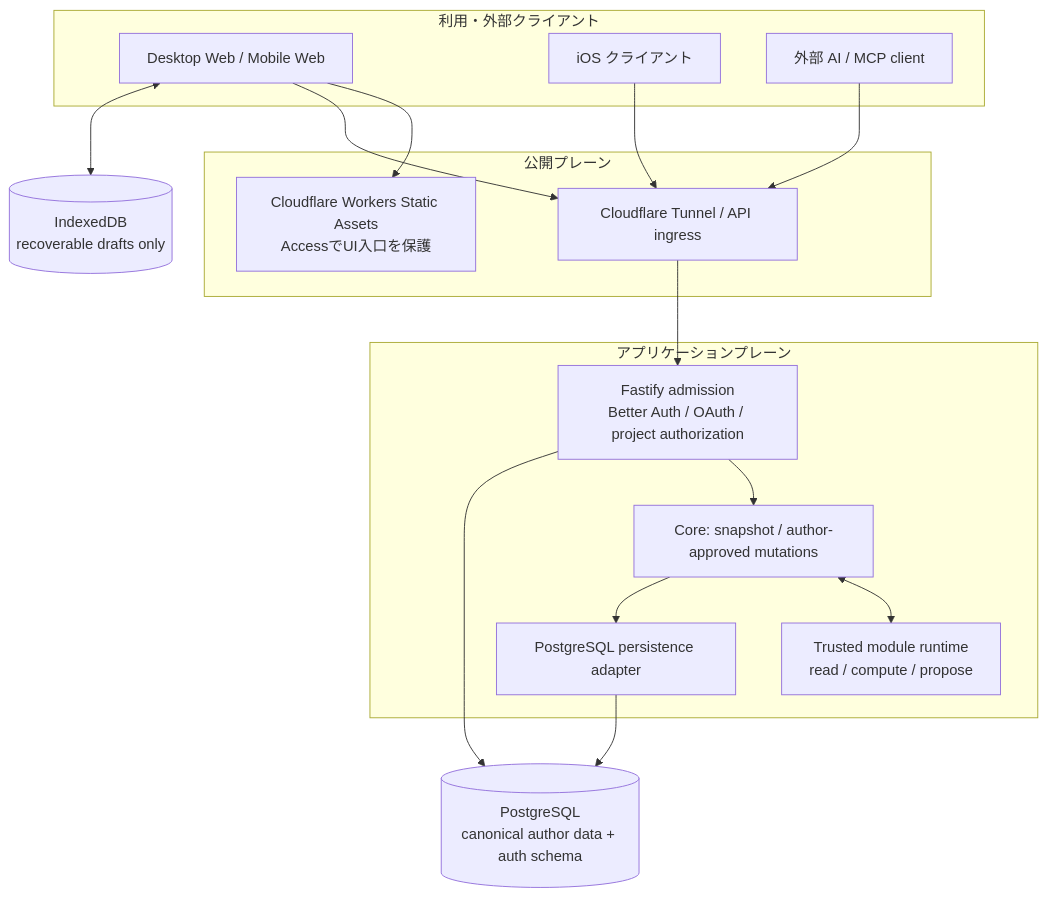
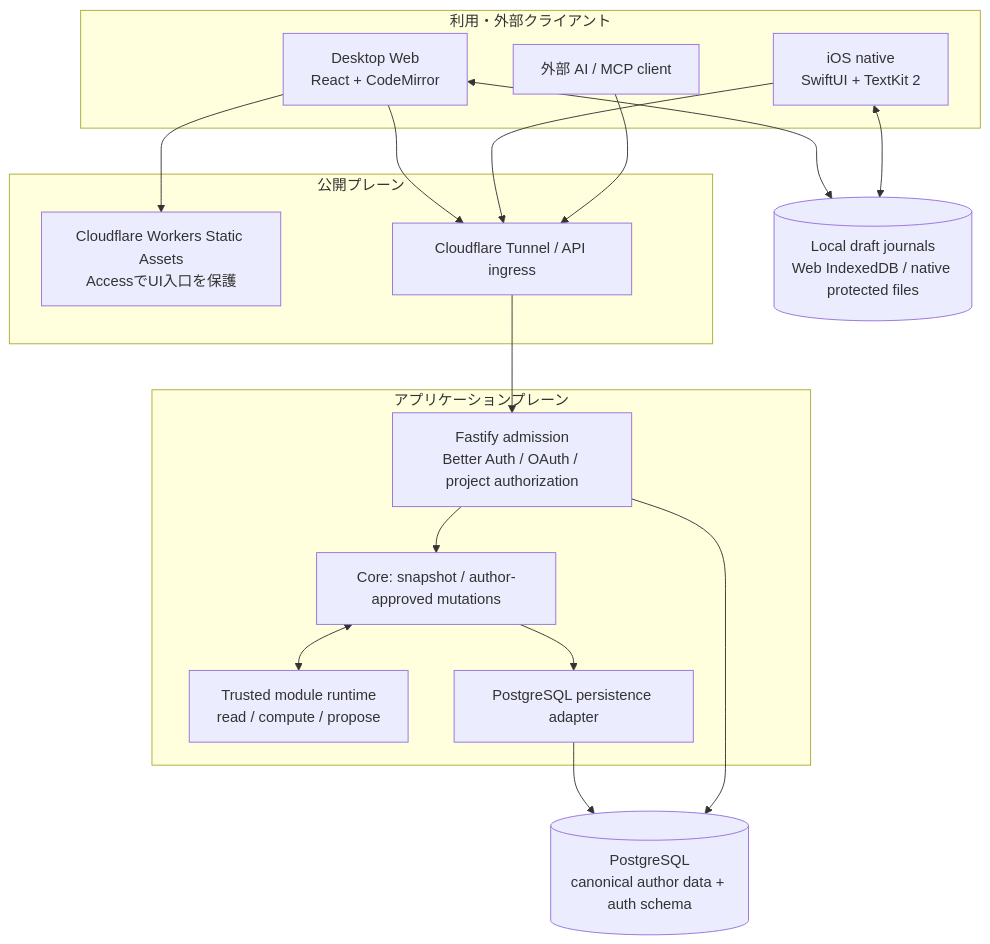
One commit to yohn-jp/codexia changed the first of 2 diagrams in docs/architecture/SYSTEM-DESIGN.md. Above: the diagram before and after it, drawn with Mermaid. The commit also changed other lines of this file and 8 other files, not shown here.

Commit message:
docs: adopt Desktop React and native SwiftUI iOS architecture

````diff
--- a/docs/architecture/SYSTEM-DESIGN.md
+++ b/docs/architecture/SYSTEM-DESIGN.md
@@ -30,31 +30,32 @@
 ```mermaid
 flowchart TB
     subgraph Clients["利用・外部クライアント"]
-        D["Desktop Web / Mobile Web"]
-        I["iOS クライアント"]
+        D["Desktop Web<br/>React + CodeMirror"]
+        I["iOS native<br/>SwiftUI + TextKit 2"]
         M["外部 AI / MCP client"]
     end
     subgraph Edge["公開プレーン"]
         A["Cloudflare Workers Static Assets<br/>AccessでUI入口を保護"]
         T["Cloudflare Tunnel / API ingress"]
     end
     subgraph App["アプリケーションプレーン"]
         H["Fastify admission<br/>Better Auth / OAuth / project authorization"]
         C["Core: snapshot / author-approved mutations"]
         R["Trusted module runtime<br/>read / compute / propose"]
         P["PostgreSQL persistence adapter"]
     end
     DB[("PostgreSQL<br/>canonical author data + auth schema")]
-    J[("IndexedDB<br/>recoverable drafts only")]
+    J[("Local draft journals<br/>Web IndexedDB / native protected files")]
     D --> A
     D --> T
     I --> T
     M --> T
     D <--> J
+    I <--> J
     T --> H
     H --> C
     C <--> R
     C --> P
     P --> DB
     H --> DB
 ```
````
